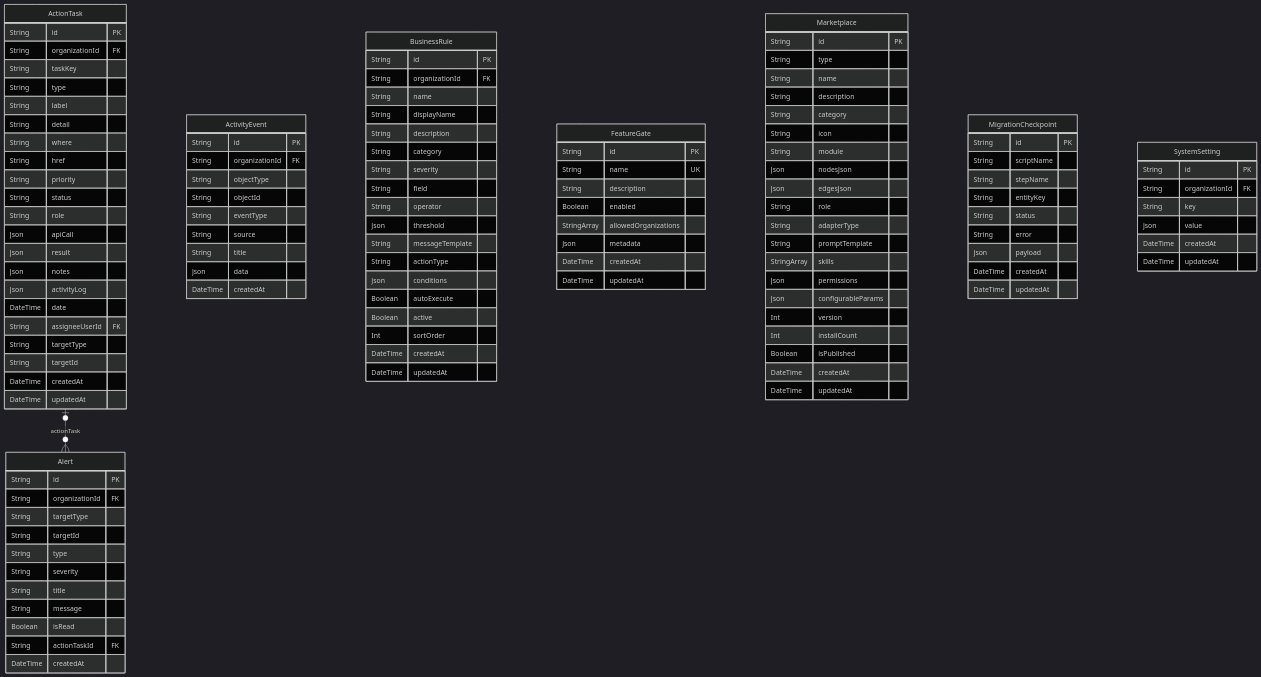
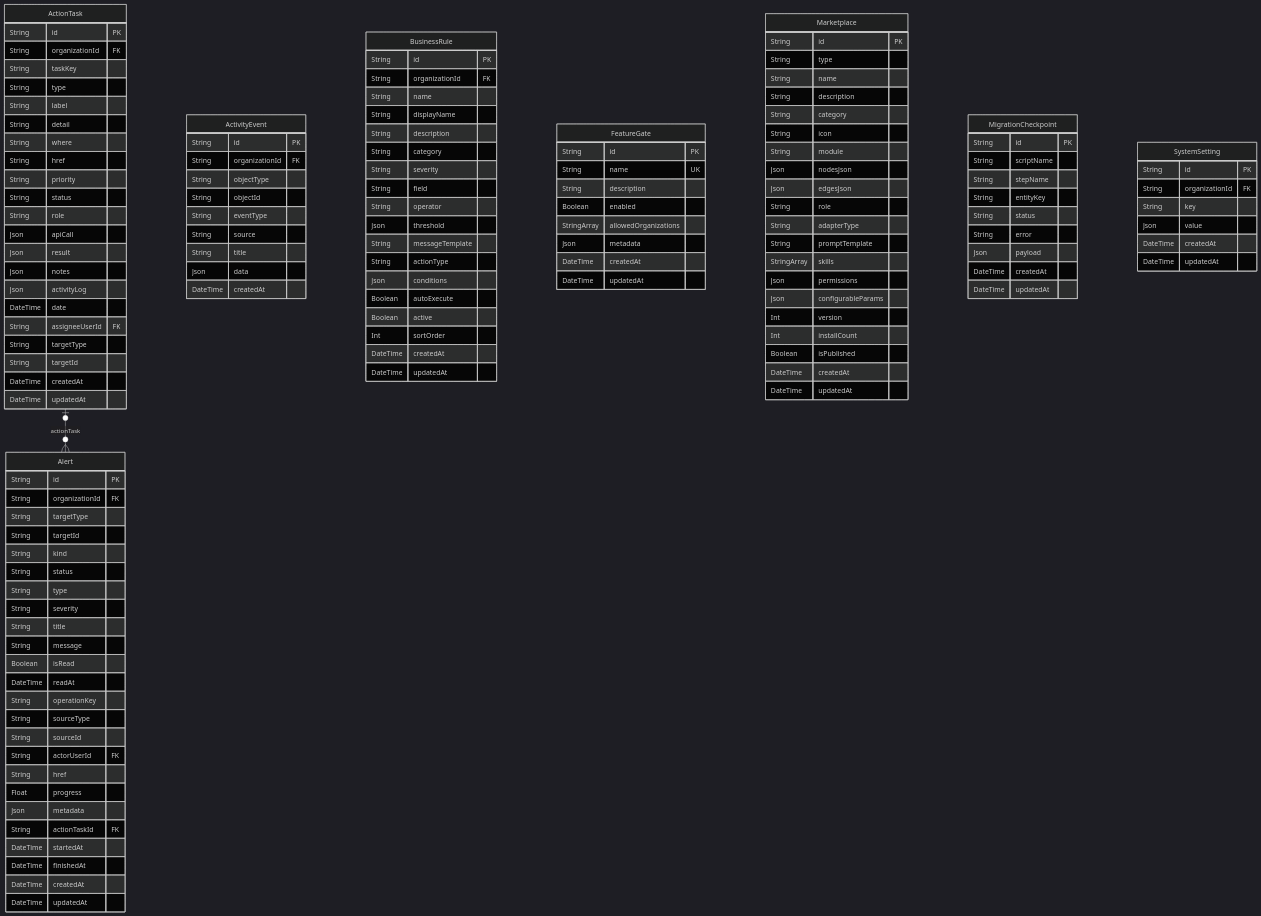
Before and after one commit to AgentFoundry-Labs/kiditem: the diagram in docs/erd/system.md, drawn with Mermaid (dark theme). The commit also changed other lines of this file and 28 other files, not shown here.

Commit message:
feat: add alert operation ledger schema

```diff
--- a/docs/erd/system.md
+++ b/docs/erd/system.md
@@ -61,13 +61,26 @@
     String organizationId FK
     String targetType
     String targetId
+    String kind
+    String status
     String type
     String severity
     String title
     String message
     Boolean isRead
+    DateTime readAt
+    String operationKey
+    String sourceType
+    String sourceId
+    String actorUserId FK
+    String href
+    Float progress
+    Json metadata
     String actionTaskId FK
+    DateTime startedAt
+    DateTime finishedAt
     DateTime createdAt
+    DateTime updatedAt
   }
   BusinessRule {
     String id PK
```
